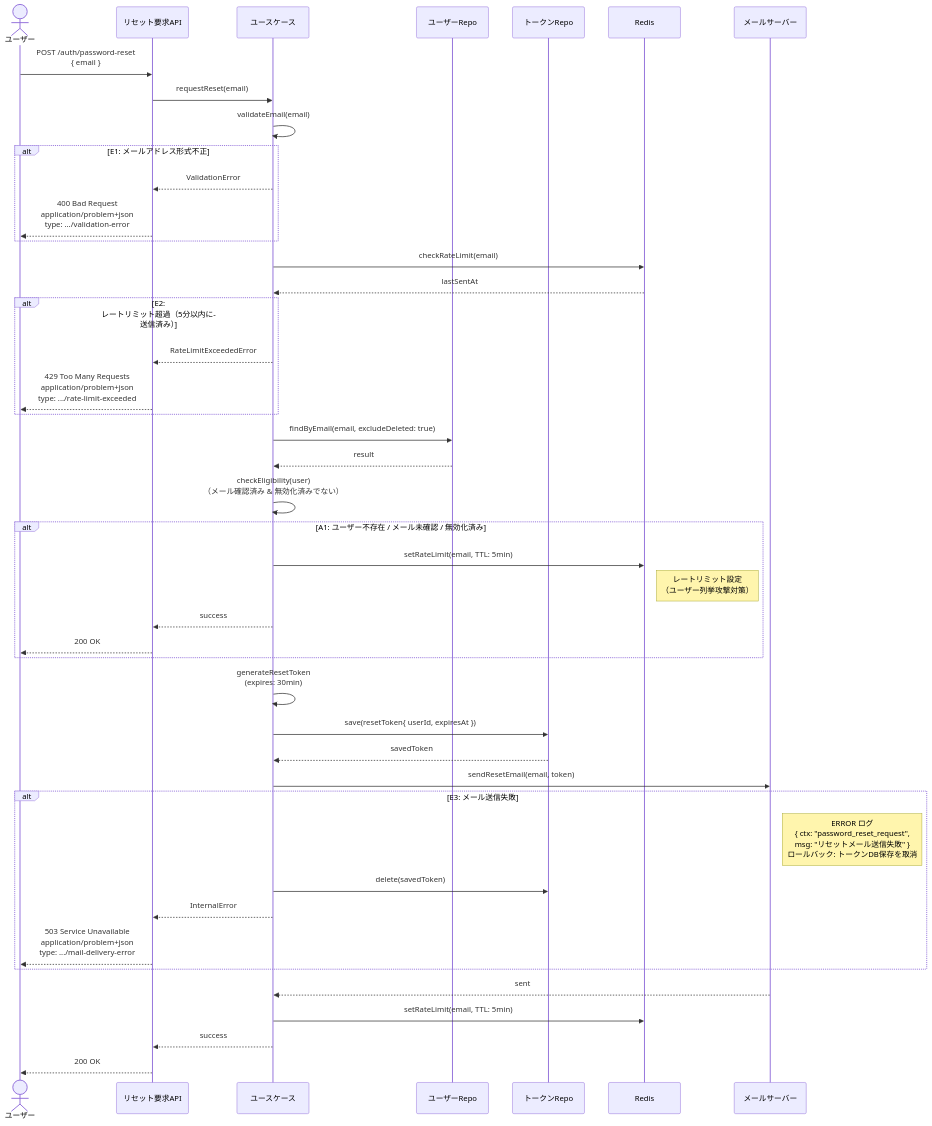
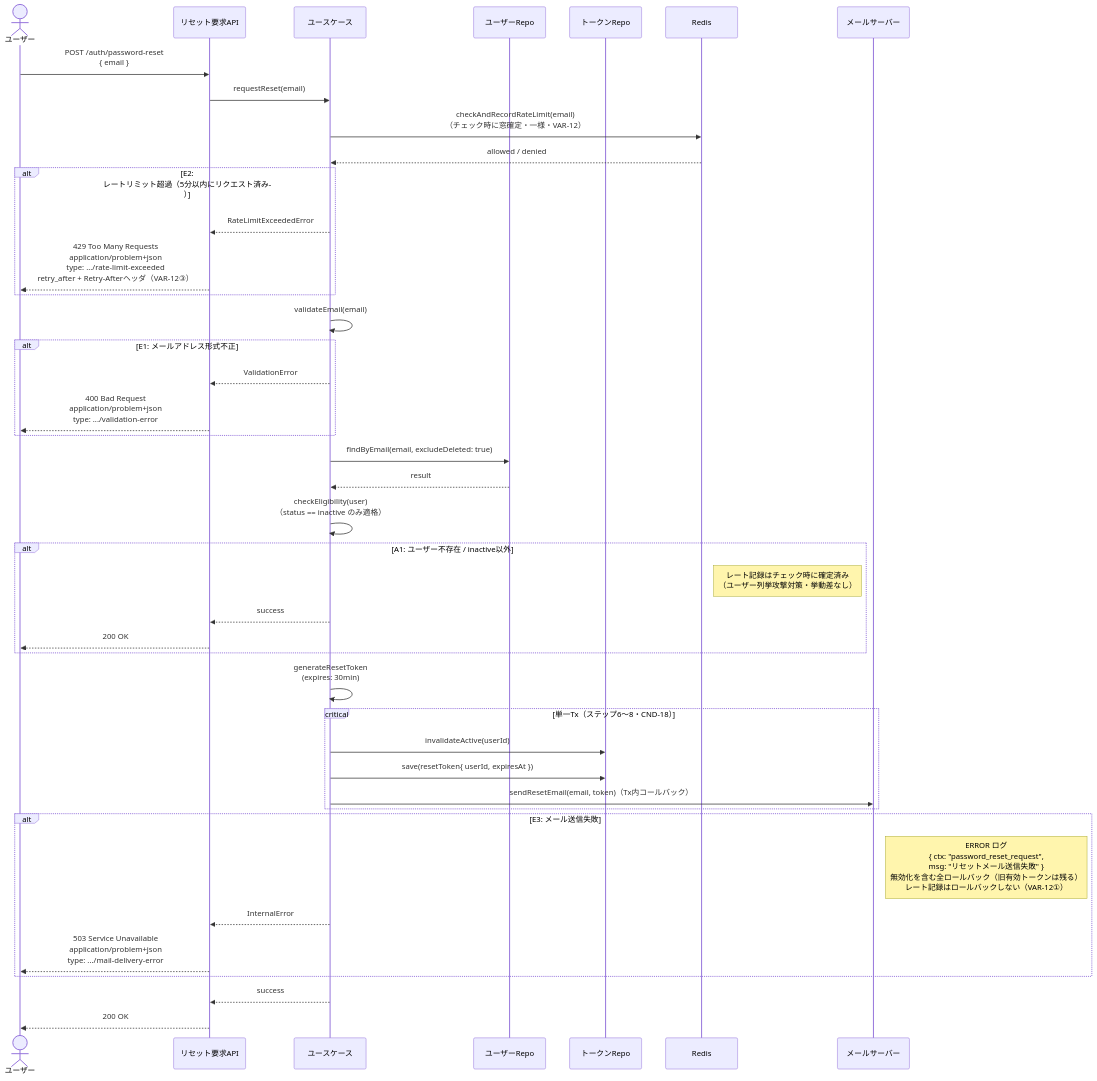
The second of 3 diagrams in .docs/design/buc/BUC-U07.md (suunet/POC_HYDRA_AUTH), drawn with Mermaid before and after one commit. The commit also changed other lines of this file and 7 other files, not shown here.

Commit message:
docs(T-018): cycle 1 - BUC-U07是正(レート先行・チェック時窓確定・E3全ロールバック・E7 no-op・適格性inactive限定・図追従)とCND-18発番、VAR-12/INF-05/INF-10/NFR-11/STM-03の波及是正、UC-008/UC-009仕様起草

````diff
--- a/.docs/design/buc/BUC-U07.md
+++ b/.docs/design/buc/BUC-U07.md
@@ -190,46 +191,44 @@
 ```mermaid
 sequenceDiagram
   actor User as ユーザー
   participant ResetRequestAPI as リセット要求API
   participant UseCase as ユースケース
   participant UserRepo as ユーザーRepo
   participant ResetRepo as トークンRepo
   participant Redis as Redis
   participant MailServer as メールサーバー
   User->>ResetRequestAPI: POST /auth/password-reset<br/>{ email }
   ResetRequestAPI->>UseCase: requestReset(email)
+  UseCase->>Redis: checkAndRecordRateLimit(email)<br/>（チェック時に窓確定・一様・VAR-12）
+  Redis-->>UseCase: allowed / denied
+  alt E2: レートリミット超過（5分以内にリクエスト済み）
+  UseCase-->>ResetRequestAPI: RateLimitExceededError
+  ResetRequestAPI-->>User: 429 Too Many Requests<br/>application/problem+json<br/>type: .../rate-limit-exceeded<br/>retry_after + Retry-Afterヘッダ（VAR-12③）
+  end
   UseCase->>UseCase: validateEmail(email)
   alt E1: メールアドレス形式不正
   UseCase-->>ResetRequestAPI: ValidationError
   ResetRequestAPI-->>User: 400 Bad Request<br/>application/problem+json<br/>type: .../validation-error
   end
-  UseCase->>Redis: checkRateLimit(email)
-  Redis-->>UseCase: lastSentAt
-  alt E2: レートリミット超過（5分以内に送信済み）
-  UseCase-->>ResetRequestAPI: RateLimitExceededError
-  ResetRequestAPI-->>User: 429 Too Many Requests<br/>application/problem+json<br/>type: .../rate-limit-exceeded
-  end
   UseCase->>UserRepo: findByEmail(email, excludeDeleted: true)
   UserRepo-->>UseCase: result
-  UseCase->>UseCase: checkEligibility(user)<br/>（メール確認済み & 無効化済みでない）
-  alt A1: ユーザー不存在 / メール未確認 / 無効化済み
-  UseCase->>Redis: setRateLimit(email, TTL: 5min)
-  Note right of Redis: レートリミット設定<br/>（ユーザー列挙攻撃対策）
+  UseCase->>UseCase: checkEligibility(user)<br/>（status == inactive のみ適格）
+  alt A1: ユーザー不存在 / inactive以外
+  Note right of Redis: レート記録はチェック時に確定済み<br/>（ユーザー列挙攻撃対策・挙動差なし）
   UseCase-->>ResetRequestAPI: success
   ResetRequestAPI-->>User: 200 OK
   end
   UseCase->>UseCase: generateResetToken<br/>(expires: 30min)
+  critical 単一Tx（ステップ6〜8・CND-18）
+  UseCase->>ResetRepo: invalidateActive(userId)
   UseCase->>ResetRepo: save(resetToken{ userId, expiresAt })
-  ResetRepo-->>UseCase: savedToken
-  UseCase->>MailServer: sendResetEmail(email, token)
+  UseCase->>MailServer: sendResetEmail(email, token)（Tx内コールバック）
+  end
   alt E3: メール送信失敗
-  Note right of MailServer: ERROR ログ<br/>{ ctx: "password_reset_request",<br/>msg: "リセットメール送信失敗" }<br/>ロールバック: トークンDB保存を取消
-  UseCase->>ResetRepo: delete(savedToken)
+  Note right of MailServer: ERROR ログ<br/>{ ctx: "password_reset_request",<br/>msg: "リセットメール送信失敗" }<br/>無効化を含む全ロールバック（旧有効トークンは残る）<br/>レート記録はロールバックしない（VAR-12①）
   UseCase-->>ResetRequestAPI: InternalError
   ResetRequestAPI-->>User: 503 Service Unavailable<br/>application/problem+json<br/>type: .../mail-delivery-error
   end
-  MailServer-->>UseCase: sent
-  UseCase->>Redis: setRateLimit(email, TTL: 5min)
   UseCase-->>ResetRequestAPI: success
   ResetRequestAPI-->>User: 200 OK
 ```
````
